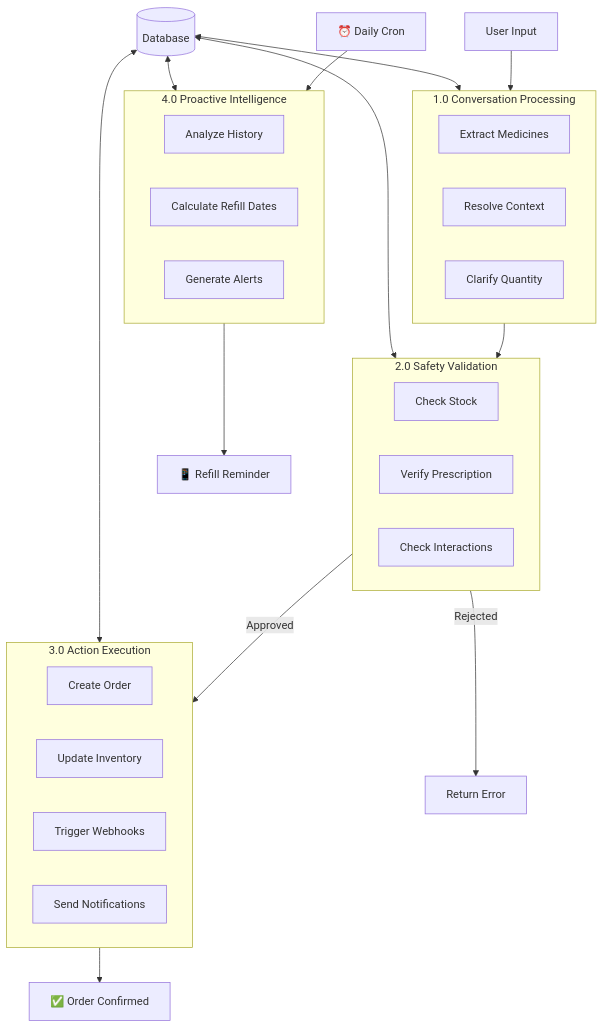
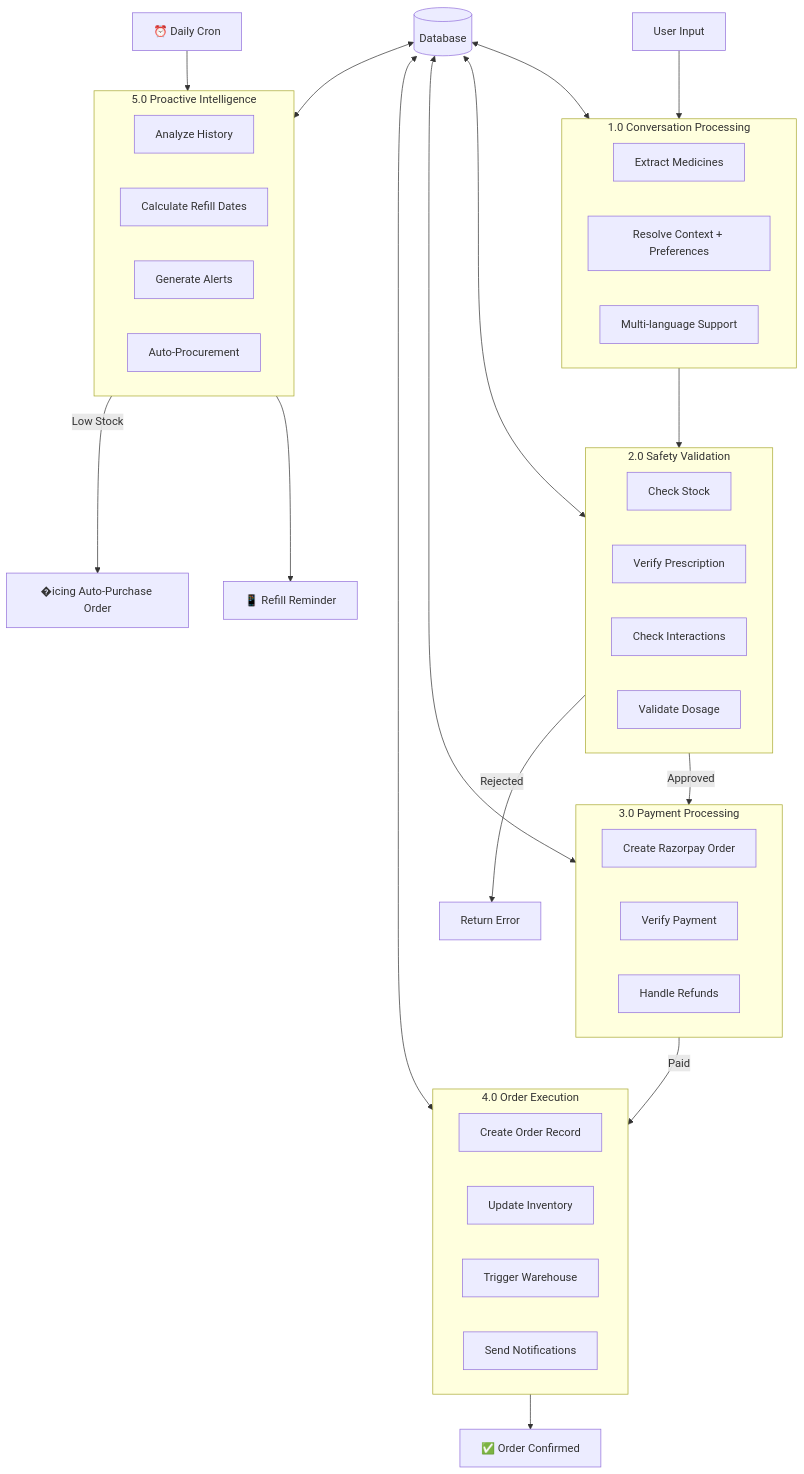
One commit to kartik-shirale/hackfusion-3 changed the sixth of 14 diagrams in README.md. Above: the diagram before and after it, drawn with Mermaid. The commit also changed other lines of this file, not shown here.

````diff
--- a/README.md
+++ b/README.md
@@ -225,38 +266,48 @@
 ```mermaid
 flowchart TB
     Input[User Input] --> P1
     
-    subgraph P1[1.0 Conversation Processing]
+    subgraph P1["1.0 Conversation Processing"]
         E1[Extract Medicines]
-        E2[Resolve Context]
-        E3[Clarify Quantity]
+        E2[Resolve Context + Preferences]
+        E3[Multi-language Support]
     end
     
-    subgraph P2[2.0 Safety Validation]
+    subgraph P2["2.0 Safety Validation"]
         S1[Check Stock]
         S2[Verify Prescription]
         S3[Check Interactions]
+        S4[Validate Dosage]
     end
     
-    subgraph P3[3.0 Action Execution]
-        A1[Create Order]
+    subgraph P3["3.0 Payment Processing"]
+        PAY1[Create Razorpay Order]
+        PAY2[Verify Payment]
+        PAY3[Handle Refunds]
+    end
+    
+    subgraph P4["4.0 Order Execution"]
+        A1[Create Order Record]
         A2[Update Inventory]
-        A3[Trigger Webhooks]
+        A3[Trigger Warehouse]
         A4[Send Notifications]
     end
     
-    subgraph P4[4.0 Proactive Intelligence]
+    subgraph P5["5.0 Proactive Intelligence"]
         PR1[Analyze History]
         PR2[Calculate Refill Dates]
         PR3[Generate Alerts]
+        PR4[Auto-Procurement]
     end
     
     P1 --> P2
     P2 -->|Approved| P3
     P2 -->|Rejected| Err[Return Error]
-    Cron[⏰ Daily Cron] --> P4
-    P3 --> Out[✅ Order Confirmed]
-    P4 --> Alert[📱 Refill Reminder]
+    P3 -->|Paid| P4
+    Cron[⏰ Daily Cron] --> P5
+    P4 --> Out[✅ Order Confirmed]
+    P5 --> Alert[📱 Refill Reminder]
+    P5 -->|Low Stock| Procure[�icing Auto-Purchase Order]
     
-    DB[(Database)] <--> P1 & P2 & P3 & P4
+    DB[(Database)] <--> P1 & P2 & P3 & P4 & P5
 ```
````
